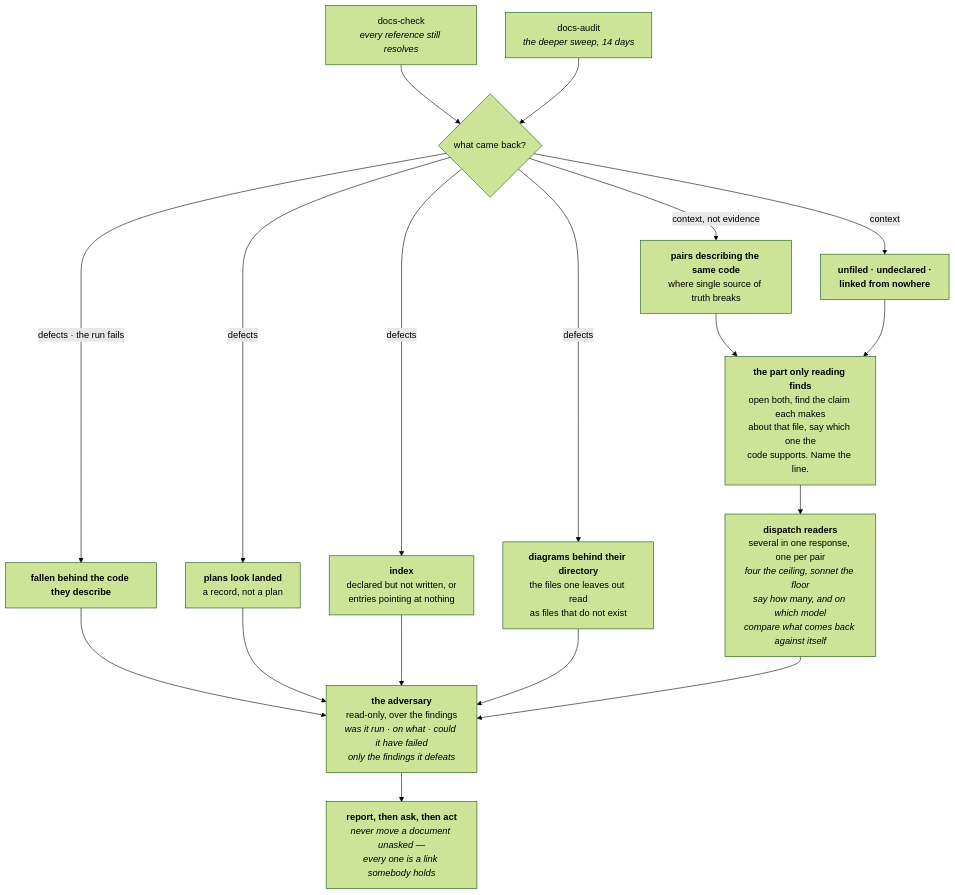
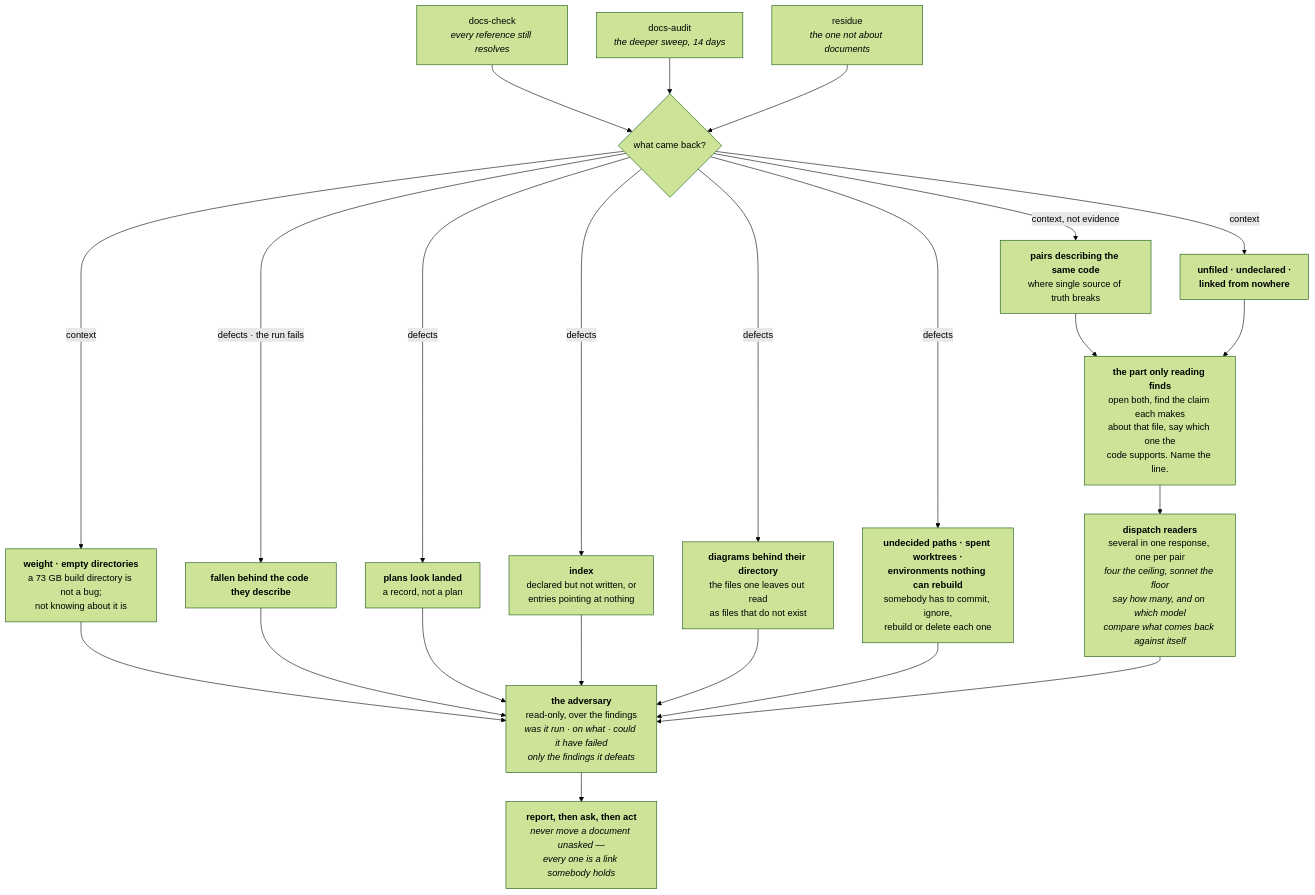
One commit to FanFantom9452/FanKeel changed the seventh of 8 diagrams in docs/pipeline.md. Above: the diagram before and after it, drawn with Mermaid (forest theme). The commit also changed other lines of this file and 2 other files, not shown here.

````diff
--- a/docs/pipeline.md
+++ b/docs/pipeline.md
@@ -546,34 +546,42 @@
 ```mermaid
 flowchart TD
     A["docs-check<br/><i>every reference still resolves</i>"]
     B["docs-audit<br/><i>the deeper sweep, 14 days</i>"]
+    A2["residue<br/><i>the one not about documents</i>"]
     C{"what came back?"}
     D1["<b>fallen behind the code they describe</b>"]
     D2["<b>plans look landed</b><br/>a record, not a plan"]
     D3["<b>index</b><br/>declared but not written, or<br/>entries pointing at nothing"]
     D4["<b>diagrams behind their directory</b><br/>the files one leaves out read<br/>as files that do not exist"]
+    D5["<b>undecided paths · spent worktrees ·<br/>environments nothing can rebuild</b><br/>somebody has to commit, ignore,<br/>rebuild or delete each one"]
     E1["<b>pairs describing the same code</b><br/>where single source of truth breaks"]
     E2["<b>unfiled · undeclared ·<br/>linked from nowhere</b>"]
+    E3["<b>weight · empty directories</b><br/>a 73 GB build directory is not a bug;<br/>not knowing about it is"]
     F["<b>the part only reading finds</b><br/>open both, find the claim each makes<br/>about that file, say which one the<br/>code supports. Name the line."]
     F1["<b>dispatch readers</b><br/>several in one response, one per pair<br/><i>four the ceiling, sonnet the floor</i><br/><i>say how many, and on which model</i><br/><i>compare what comes back against itself</i>"]
     F2["<b>the adversary</b><br/>read-only, over the findings<br/><i>was it run · on what · could it have failed</i><br/><i>only the findings it defeats</i>"]
     G["<b>report, then ask, then act</b><br/><i>never move a document unasked —<br/>every one is a link somebody holds</i>"]
 
     A --> C
     B --> C
+    A2 --> C
     C -- "defects · the run fails" --> D1
     C -- "defects" --> D2
     C -- "defects" --> D3
     C -- "defects" --> D4
+    C -- "defects" --> D5
     C -- "context, not evidence" --> E1
     C -- "context" --> E2
+    C -- "context" --> E3
     E1 --> F
     E2 --> F
+    E3 --> F2
     D1 --> F2
     D2 --> F2
     D3 --> F2
     D4 --> F2
+    D5 --> F2
     F --> F1
     F1 --> F2
     F2 --> G
 ```
````
